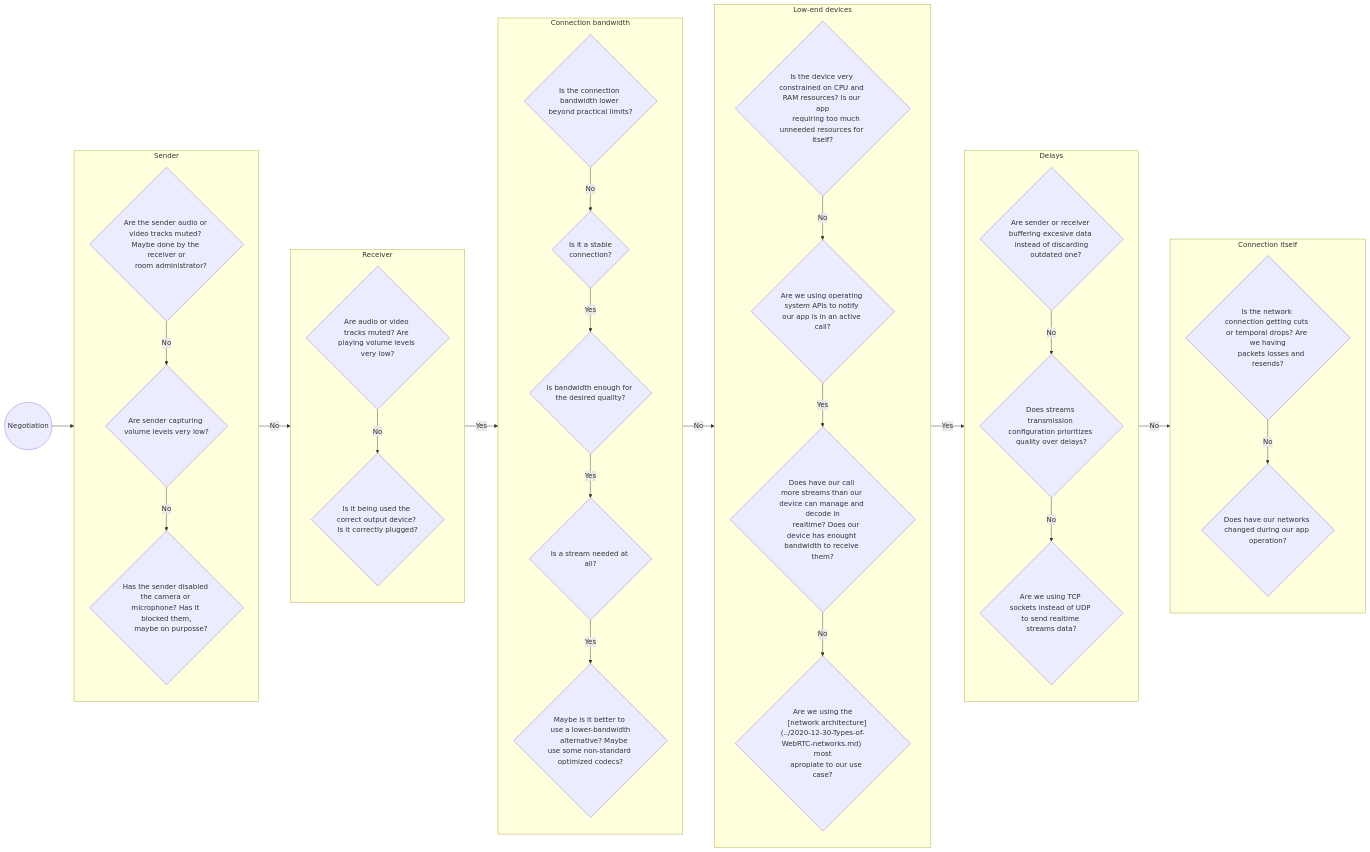
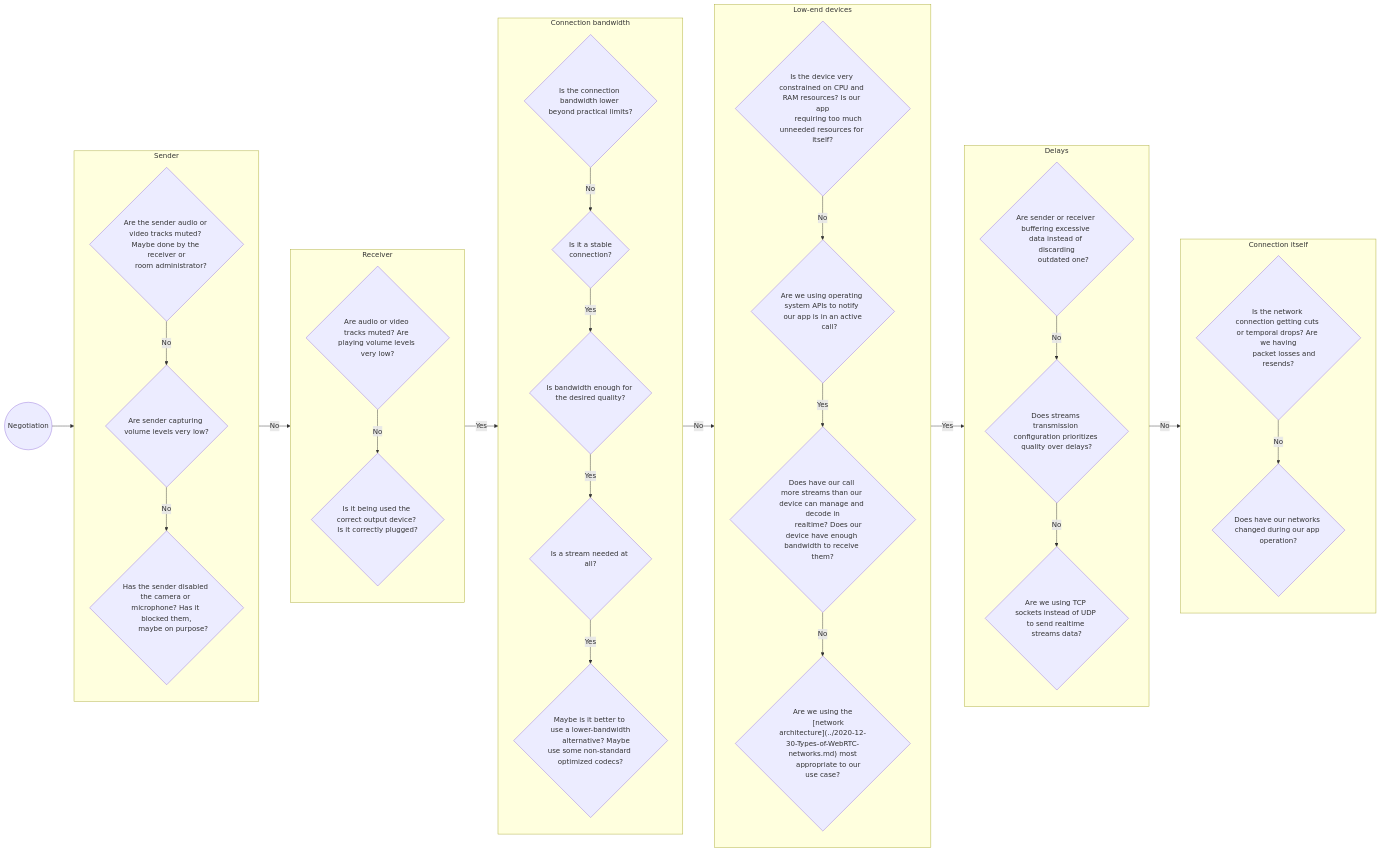
The fourth of 4 diagrams in _posts/2022-11-30-WebRTC-Bugs-and-Where-to-Find-Them.md (piranna/piranna.github.io), drawn with Mermaid before and after one commit. The commit also changed other lines of this file and 26 other files, not shown here.

```diff
--- a/_posts/2022-11-30-WebRTC-Bugs-and-Where-to-Find-Them.md
+++ b/_posts/2022-11-30-WebRTC-Bugs-and-Where-to-Find-Them.md
@@ -850,7 +850,7 @@
         Are sender capturing volume levels very low?
       "} -- No --> S3{"
         Has the sender disabled the camera or microphone? Has it blocked them,
-      maybe on purposse?
+        maybe on purpose?
       "}
     end
 
@@ -868,15 +868,15 @@
       C1{"
         Is the connection bandwidth lower beyond practical limits?
       "} -- No --> C2{"
-      Is it a stable
-      connection?
+        Is it a stable
+        connection?
       "} -- Yes --> C3{"
         Is bandwidth enough for the desired quality?
       "} -- Yes --> C4{"
         Is a stream needed at all?
       "} -- Yes --> C5{"
-      Maybe is it better to use a lower-bandwidth
-      alternative? Maybe use some non-standard optimized codecs?
+        Maybe is it better to use a lower-bandwidth
+        alternative? Maybe use some non-standard optimized codecs?
       "}
     end
 
@@ -884,24 +884,25 @@
       direction TB
       L1{"
         Is the device very constrained on CPU and RAM resources? Is our app
-      requiring too much unneeded resources for itself?
+        requiring too much unneeded resources for itself?
       "} -- No --> L2{"
-        Are we using operating system APIs to notify our app is in an active call?
+        Are we using operating system APIs to notify our app is in an active
+        call?
       "} -- Yes --> L3{"
         Does have our call more streams than our device can manage and decode in
-      realtime? Does our device has enought bandwidth to receive them?
+        realtime? Does our device have enough bandwidth to receive them?
       "} -- No --> L4{"
         Are we using the
-      [network architecture](../2020-12-30-Types-of-WebRTC-networks.md) most
-      apropiate to our use case?
+        [network architecture](../2020-12-30-Types-of-WebRTC-networks.md) most
+        appropriate to our use case?
       "}
     end
 
     subgraph Delays
       direction TB
       D1{"
-        Are sender or receiver buffering excesive data instead of discarding
-      outdated one?
+        Are sender or receiver buffering excessive data instead of discarding
+        outdated one?
       "} -- No --> D2{"
         Does streams transmission configuration prioritizes quality over delays?
       "} -- No --> D3{"
@@ -913,7 +914,7 @@
       direction TB
       Ci1{"
         Is the network connection getting cuts or temporal drops? Are we having
-      packets losses and resends?
+        packet losses and resends?
       "} -- No --> Ci2{"
         Does have our networks changed during our app operation?
       "}
```
